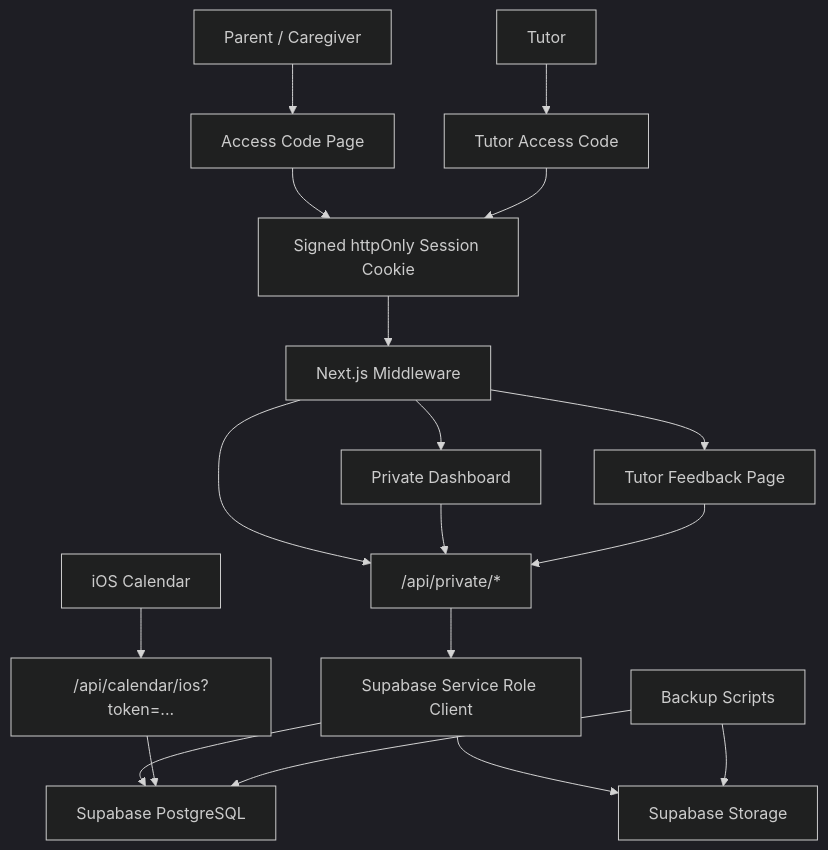
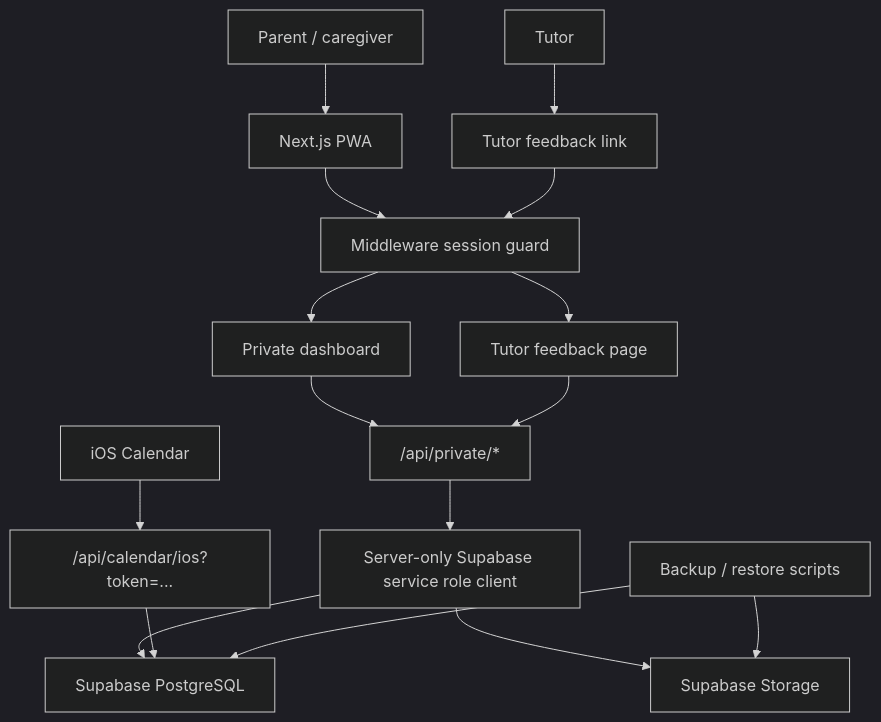
Before and after one commit to moirakk/family-education-private-three-child: the diagram in README.md, drawn with Mermaid (dark theme). The commit also changed other lines of this file and 4 other files, not shown here.

````diff
--- a/README.md
+++ b/README.md
@@ -81,26 +59,23 @@
 ```mermaid
 flowchart TD
-  Parent["Parent / Caregiver"] --> Access["Access Code Page"]
-  Tutor["Tutor"] --> TutorAccess["Tutor Access Code"]
+  Parent["Parent / caregiver"] --> App["Next.js PWA"]
+  Tutor["Tutor"] --> TutorLink["Tutor feedback link"]
 
-  Access --> Cookie["Signed httpOnly Session Cookie"]
-  TutorAccess --> Cookie
+  App --> Middleware["Middleware session guard"]
+  TutorLink --> Middleware
 
-  Cookie --> Middleware["Next.js Middleware"]
-  Middleware --> Dashboard["Private Dashboard"]
-  Middleware --> TutorPage["Tutor Feedback Page"]
-  Middleware --> PrivateAPI["/api/private/*"]
-
-  Dashboard --> PrivateAPI
+  Middleware --> Dashboard["Private dashboard"]
+  Middleware --> TutorPage["Tutor feedback page"]
+  Dashboard --> PrivateAPI["/api/private/*"]
   TutorPage --> PrivateAPI
 
-  PrivateAPI --> AdminClient["Supabase Service Role Client"]
-  AdminClient --> Postgres["Supabase PostgreSQL"]
-  AdminClient --> Storage["Supabase Storage"]
+  PrivateAPI --> SupabaseAdmin["Server-only Supabase service role client"]
+  SupabaseAdmin --> Postgres["Supabase PostgreSQL"]
+  SupabaseAdmin --> Storage["Supabase Storage"]
 
-  Calendar["iOS Calendar"] --> ICS["/api/calendar/ios?token=..."]
-  ICS --> Postgres
+  IOS["iOS Calendar"] --> CalendarFeed["/api/calendar/ios?token=..."]
+  CalendarFeed --> Postgres
 
-  Backup["Backup Scripts"] --> Postgres
-  Backup --> Storage
+  Scripts["Backup / restore scripts"] --> Postgres
+  Scripts --> Storage
 ```
````
